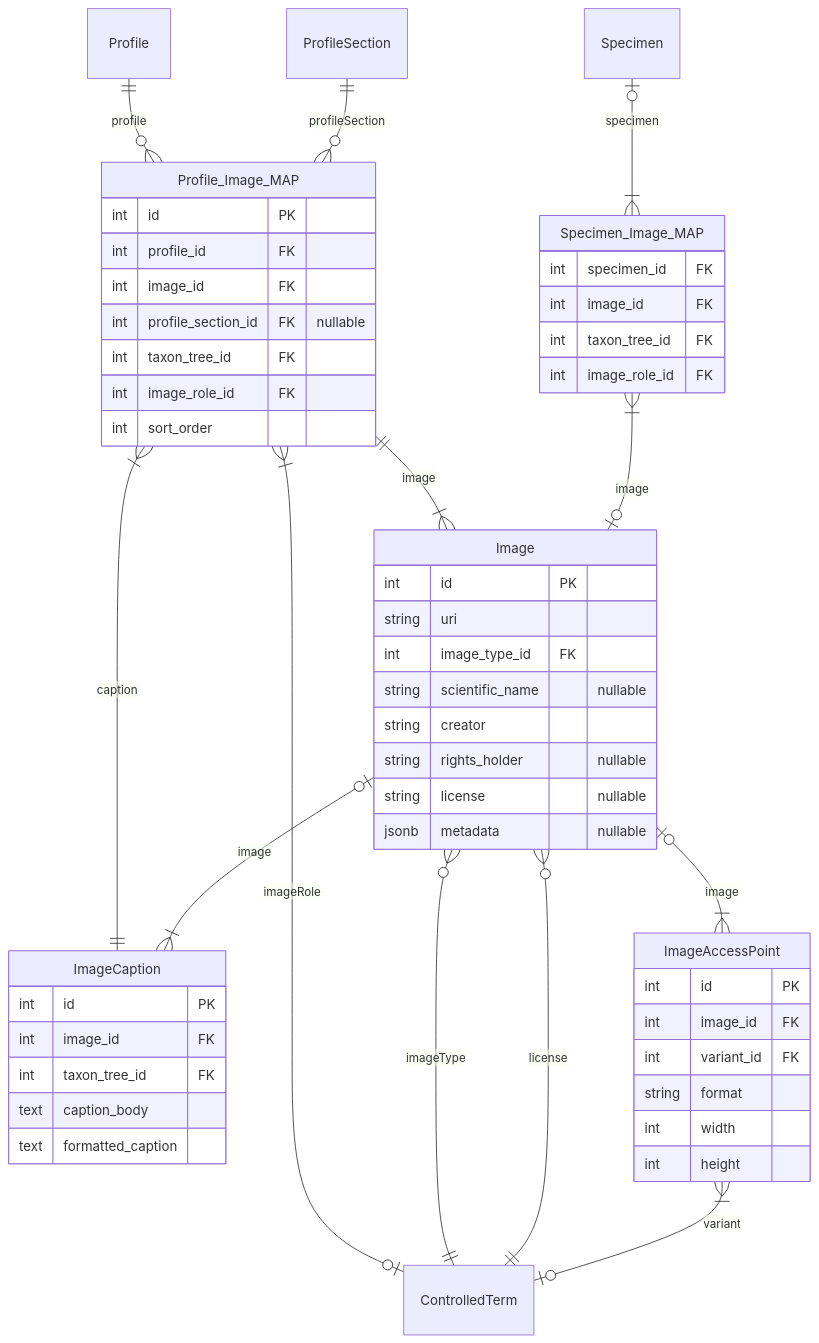
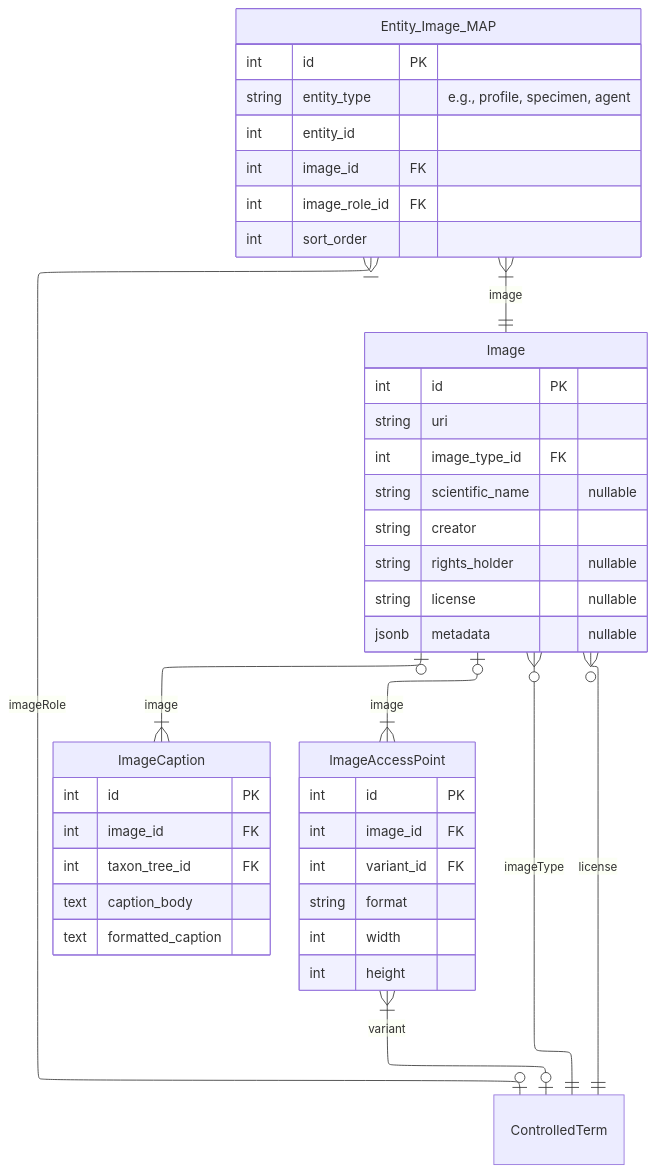
One commit to vicflora/vicflora-data-model-2026 changed diagram 16 of 20 in docs/layers.md. Above: the diagram before and after it, drawn with Mermaid. The commit also changed 19 other files, not shown here.

Commit message:
Create and implement EntityImageMap pivot model

````diff
--- a/docs/layers.md
+++ b/docs/layers.md
@@ -751,64 +751,55 @@
 ```mermaid
+---
+config:
+  layout: elk
+---
 erDiagram
-    Profile ||--o{ Profile_Image_MAP : "profile"
-    ProfileSection ||--o{ Profile_Image_MAP : "profileSection"
-    Profile_Image_MAP ||--|{ Image : "image"
+    Entity_Image_MAP }|--|| Image : "image"
+    Entity_Image_MAP }|--o| ControlledTerm : "imageRole"
 
-    Profile_Image_MAP }|--o| ControlledTerm : "imageRole"
-    Profile_Image_MAP }|--|| ImageCaption : "caption"
     Image |o--|{ ImageCaption : "image"
 
-    Specimen |o--|{ Specimen_Image_MAP : "specimen"
-    Specimen_Image_MAP }|--o| Image : "image"
     
     Image }o--|| ControlledTerm : "imageType"
     Image }o--|| ControlledTerm : "license"
 
     Image |o--|{ ImageAccessPoint : "image"
     ImageAccessPoint }|--o| ControlledTerm : "variant"
 
-    Profile_Image_MAP {
+    Entity_Image_MAP {
         int id PK
-        int profile_id FK
+        string entity_type "e.g., profile, specimen, agent"
+        int entity_id
         int image_id FK
-        int profile_section_id FK "nullable"
-        int taxon_tree_id FK
         int image_role_id FK
         int sort_order
-    }
-
-    Specimen_Image_MAP {
-      int specimen_id FK
-      int image_id FK
-      int taxon_tree_id FK
-      int image_role_id FK
     }
 
     Image {
         int id PK
         string uri
         int image_type_id FK
         string scientific_name "nullable"
         string creator
         string rights_holder "nullable"
         string license "nullable"
         jsonb metadata "nullable"
     }
 
     ImageCaption {
       int id PK
       int image_id FK
       int taxon_tree_id FK
       text caption_body 
       text formatted_caption
     }
 
     ImageAccessPoint {
       int id PK
       int image_id FK
       int variant_id FK
       string format
       int width
       int height
     }
 ```
````
